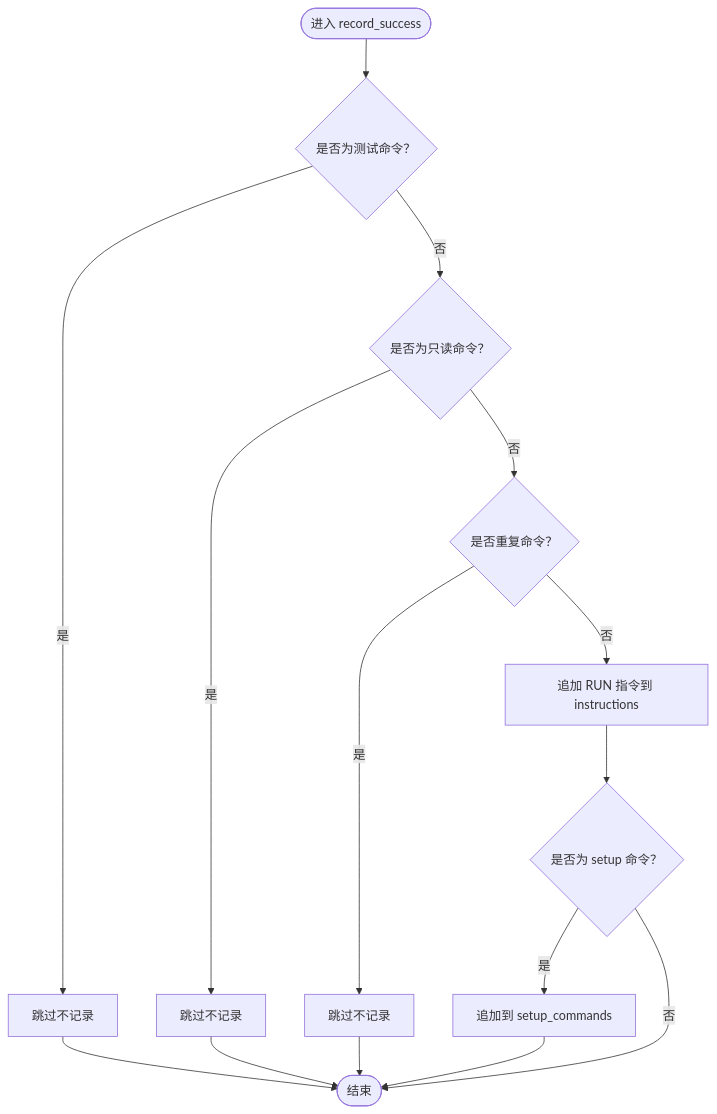
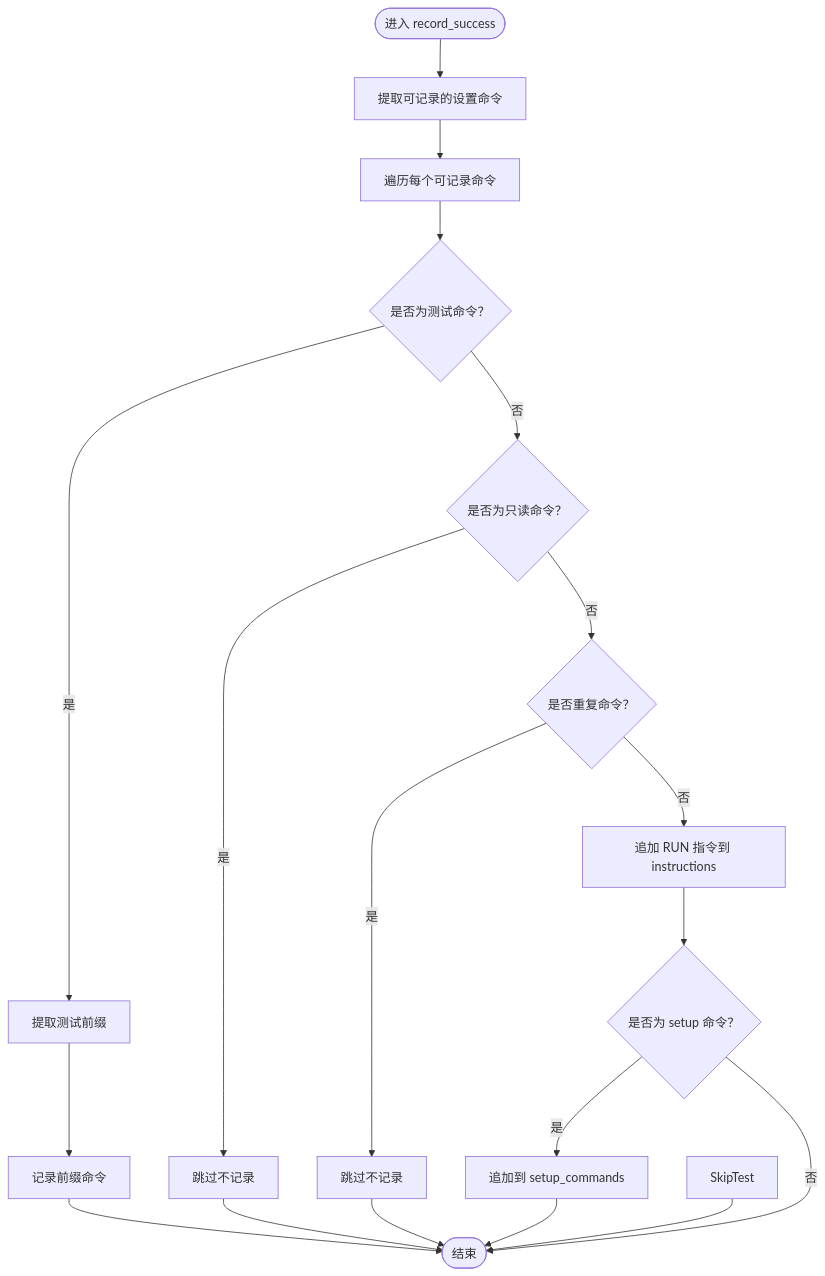
One commit to Jayint/Jayint-repo changed the fourth of 12 diagrams in .qoder/repowiki/zh/content/核心组件/Synthesizer 模块/Synthesizer 模块.md. Above: the diagram before and after it, drawn with Mermaid. The commit also changed other lines of this file and 497 other files, not shown here.

````diff
--- a/.qoder/repowiki/zh/content/核心组件/Synthesizer 模块/Synthesizer 模块.md
+++ b/.qoder/repowiki/zh/content/核心组件/Synthesizer 模块/Synthesizer 模块.md
@@ -183,17 +200,21 @@
 ```mermaid
 flowchart TD
-Start(["进入 record_success"]) --> FilterTest{"是否为测试命令？"}
-FilterTest --> |是| SkipTest["跳过不记录"]
+Start(["进入 record_success"]) --> Extract["提取可记录的设置命令"]
+Extract --> ForEach["遍历每个可记录命令"]
+ForEach --> FilterTest{"是否为测试命令？"}
+FilterTest --> |是| ExtractPrefix["提取测试前缀"]
+ExtractPrefix --> RecordPrefix["记录前缀命令"]
 FilterTest --> |否| FilterReadonly{"是否为只读命令？"}
 FilterReadonly --> |是| SkipReadonly["跳过不记录"]
 FilterReadonly --> |否| CheckDup{"是否重复命令？"}
 CheckDup --> |是| SkipDup["跳过不记录"]
 CheckDup --> |否| Append["追加 RUN 指令到 instructions"]
 Append --> CheckSetup{"是否为 setup 命令？"}
 CheckSetup --> |是| AddToSetup["追加到 setup_commands"]
 CheckSetup --> |否| End(["结束"])
 SkipTest --> End
 SkipReadonly --> End
 SkipDup --> End
+RecordPrefix --> End
 AddToSetup --> End
 ```
````
